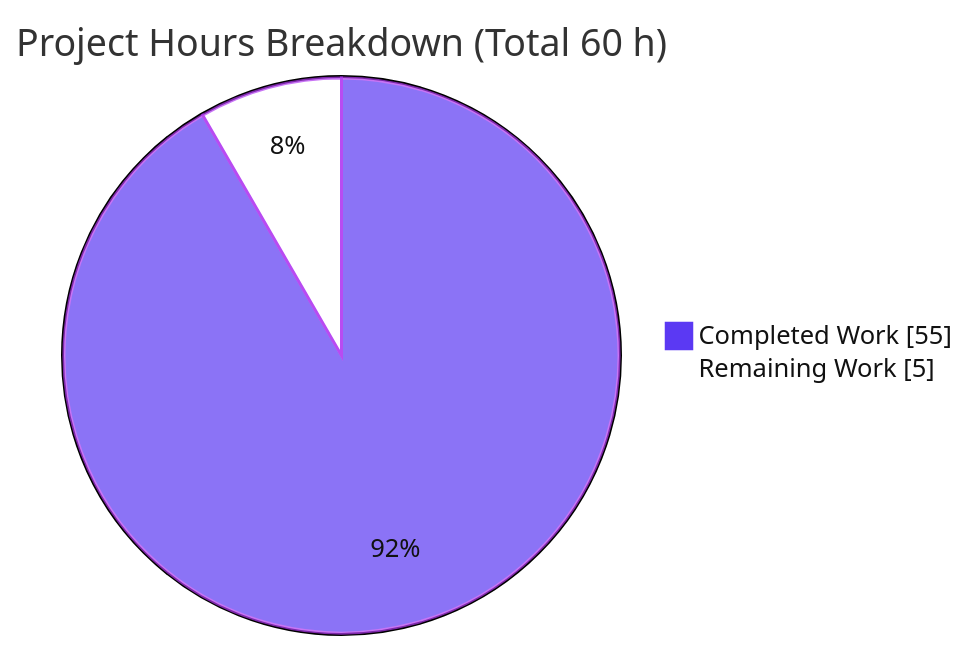
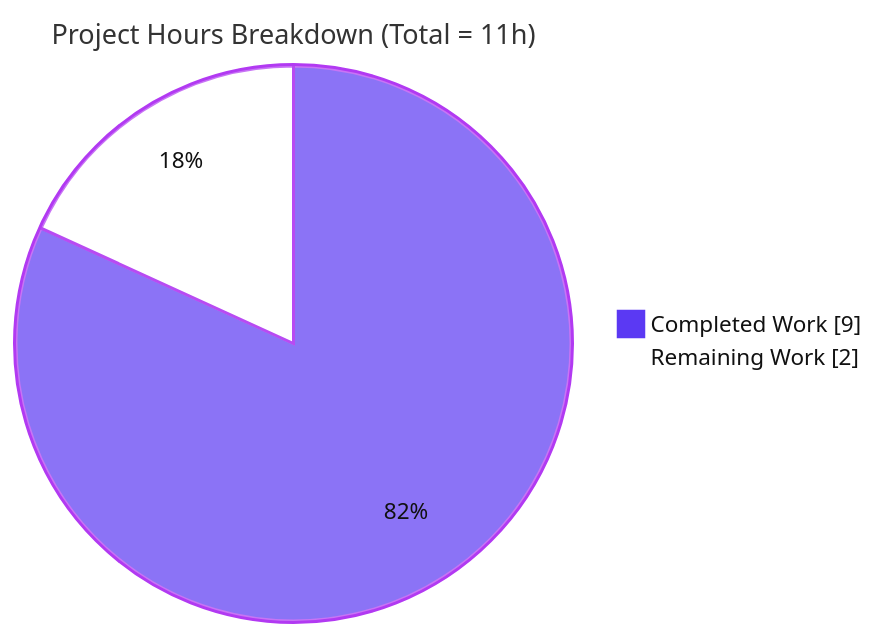
One commit to lakshya-blitzy/Test_Case_4_Nested_Submodule_Donot_use_main changed the second of 3 diagrams in blitzy/documentation/Project Guide.md. Above: the diagram before and after it, drawn with Mermaid. The commit also changed other lines of this file, not shown here.

Commit message:
Adding Blitzy Project Guide: Project Status and Human Tasks Remaining

````diff
--- a/blitzy/documentation/Project Guide.md
+++ b/blitzy/documentation/Project Guide.md
@@ -198,7 +176,7 @@
 ```mermaid
-%%{init: {"theme":"base","themeVariables":{"pie1":"#5B39F3","pie2":"#FFFFFF","pieStrokeColor":"#B23AF2","pieStrokeWidth":"2px","pieOuterStrokeWidth":"2px","pieSectionTextColor":"#111111","pieLegendTextColor":"#111111"}}}%%
+%%{init: {'theme':'base','themeVariables':{'pie1':'#5B39F3','pie2':'#FFFFFF','pieStrokeColor':'#B23AF2','pieStrokeWidth':'2px','pieOuterStrokeColor':'#B23AF2','pieOuterStrokeWidth':'2px','pieTitleTextSize':'18px','pieSectionTextSize':'15px','pieLegendTextSize':'15px','pieSectionTextColor':'#111111','pieLegendTextColor':'#111111'}}}%%
 pie showData
-    title Project Hours Breakdown (Total 60 h)
-    "Completed Work" : 55
-    "Remaining Work" : 5
+    title Project Hours Breakdown (Total = 11h)
+    "Completed Work" : 9
+    "Remaining Work" : 2
 ```
````
